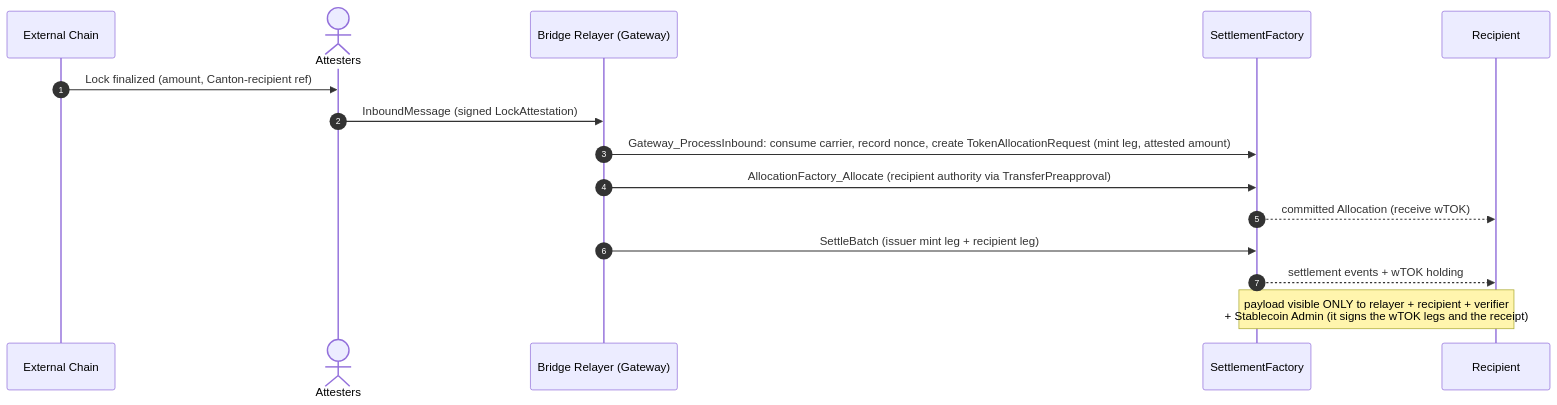
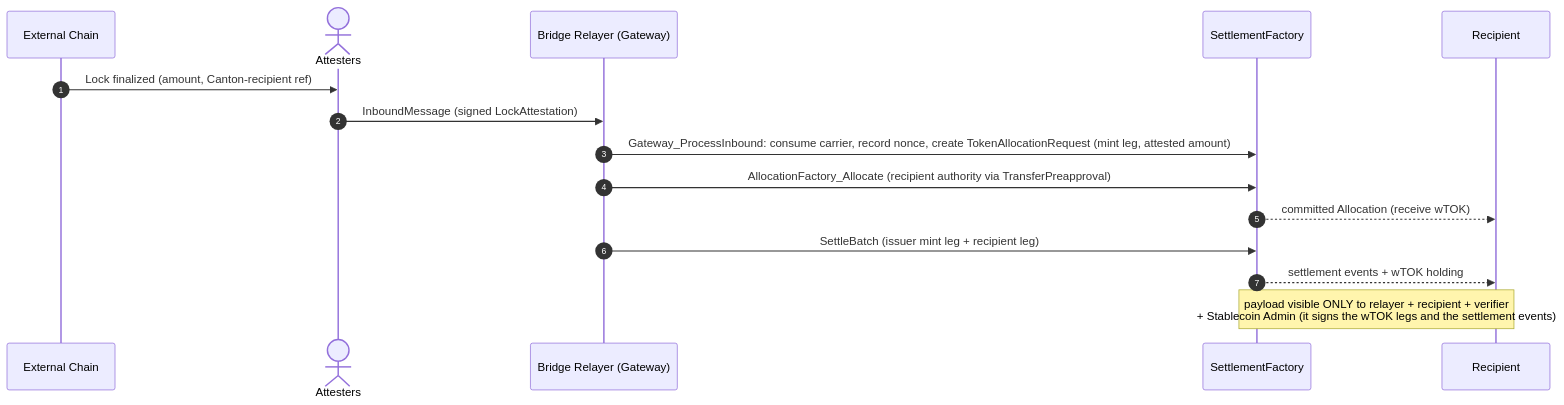
The fifth of 5 diagrams in docs/reference-architectures/cross-chain-stablecoin.md (OpenZeppelin/canton-specs), drawn with Mermaid before and after one commit. The commit also changed other lines of this file and 3 other files, not shown here.

````diff
--- a/docs/reference-architectures/cross-chain-stablecoin.md
+++ b/docs/reference-architectures/cross-chain-stablecoin.md
@@ -240,18 +240,18 @@
 ```mermaid
 sequenceDiagram
     autonumber
     participant Ext as External Chain
     actor Attesters
     participant Relayer as Bridge Relayer (Gateway)
     participant SettleFactory as SettlementFactory
     participant Recipient
 
     Ext->>Attesters: Lock finalized (amount, Canton-recipient ref)
     Attesters->>Relayer: InboundMessage (signed LockAttestation)
     Relayer->>SettleFactory: Gateway_ProcessInbound: consume carrier, record nonce, create TokenAllocationRequest (mint leg, attested amount)
     Relayer->>SettleFactory: AllocationFactory_Allocate (recipient authority via TransferPreapproval)
     SettleFactory-->>Recipient: committed Allocation (receive wTOK)
     Relayer->>SettleFactory: SettleBatch (issuer mint leg + recipient leg)
     SettleFactory-->>Recipient: settlement events + wTOK holding
-    Note over SettleFactory,Recipient: payload visible ONLY to relayer + recipient + verifier<br/>+ Stablecoin Admin (it signs the wTOK legs and the receipt);
+    Note over SettleFactory,Recipient: payload visible ONLY to relayer + recipient + verifier<br/>+ Stablecoin Admin (it signs the wTOK legs and the settlement events);
 ```
````
